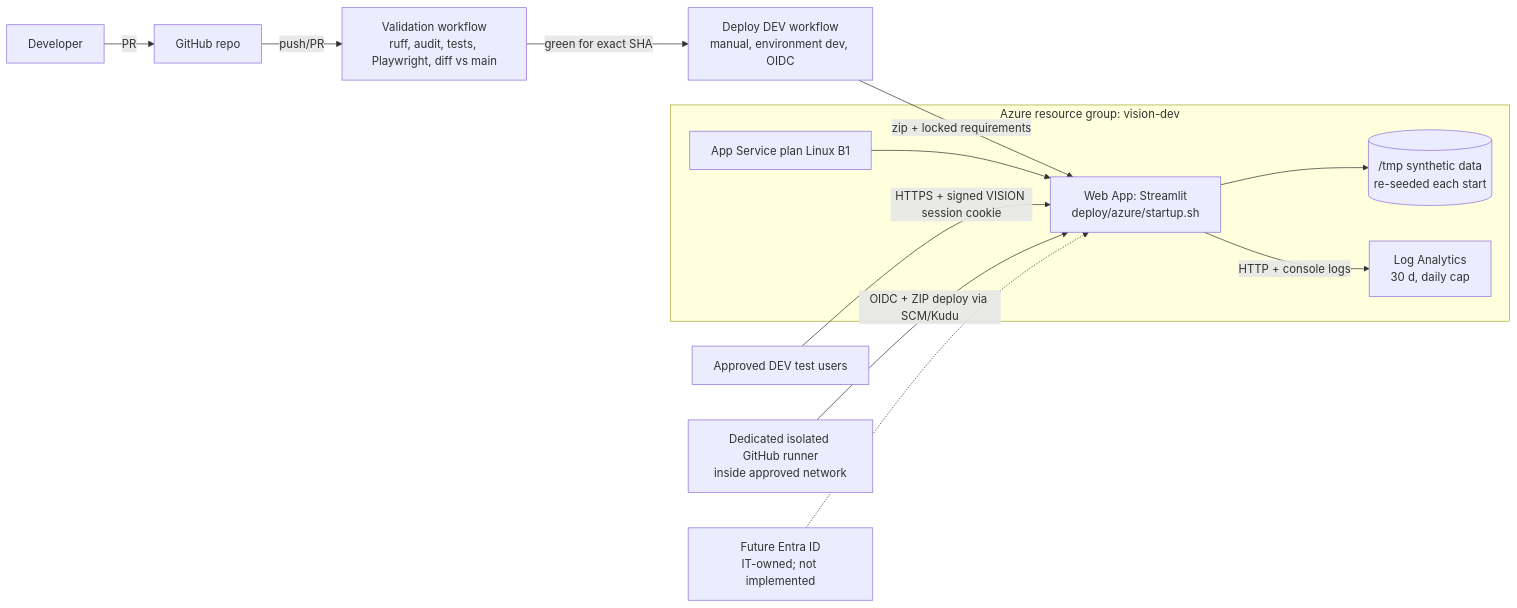
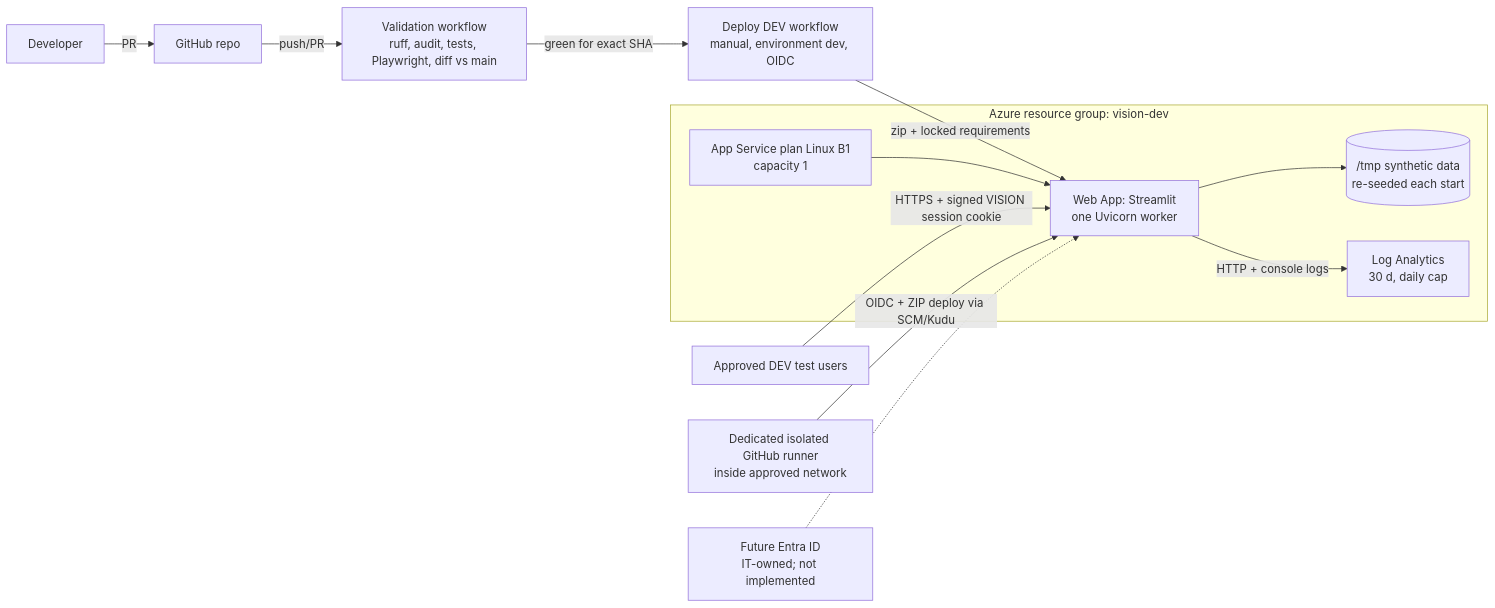
Before and after one commit to MarianoStill/VISION: the diagram in docs/azure_dev_deployment.md, drawn with Mermaid. The commit also changed other lines of this file and 11 other files, not shown here.

````diff
--- a/docs/azure_dev_deployment.md
+++ b/docs/azure_dev_deployment.md
@@ -9,15 +9,15 @@
 ```mermaid
 flowchart LR
   dev[Developer] -->|PR| gh[GitHub repo]
   gh -->|push/PR| val[Validation workflow<br/>ruff, audit, tests, Playwright, diff vs main]
   val -->|green for exact SHA| dep[Deploy DEV workflow<br/>manual, environment dev, OIDC]
   dep -->|zip + locked requirements| app
   subgraph rg[Azure resource group: vision-dev]
-    plan[App Service plan Linux B1] --> app[Web App: Streamlit<br/>deploy/azure/startup.sh]
+    plan[App Service plan Linux B1<br/>capacity 1] --> app[Web App: Streamlit<br/>one Uvicorn worker]
     app --> tmp[(/tmp synthetic data<br/>re-seeded each start)]
     app -->|HTTP + console logs| law[Log Analytics<br/>30 d, daily cap]
   end
   user[Approved DEV test users] -->|HTTPS + signed VISION session cookie| app
   runner[Dedicated isolated GitHub runner<br/>inside approved network] -->|OIDC + ZIP deploy via SCM/Kudu| app
   entra[Future Entra ID<br/>IT-owned; not implemented] -.-> app
 ```
````
